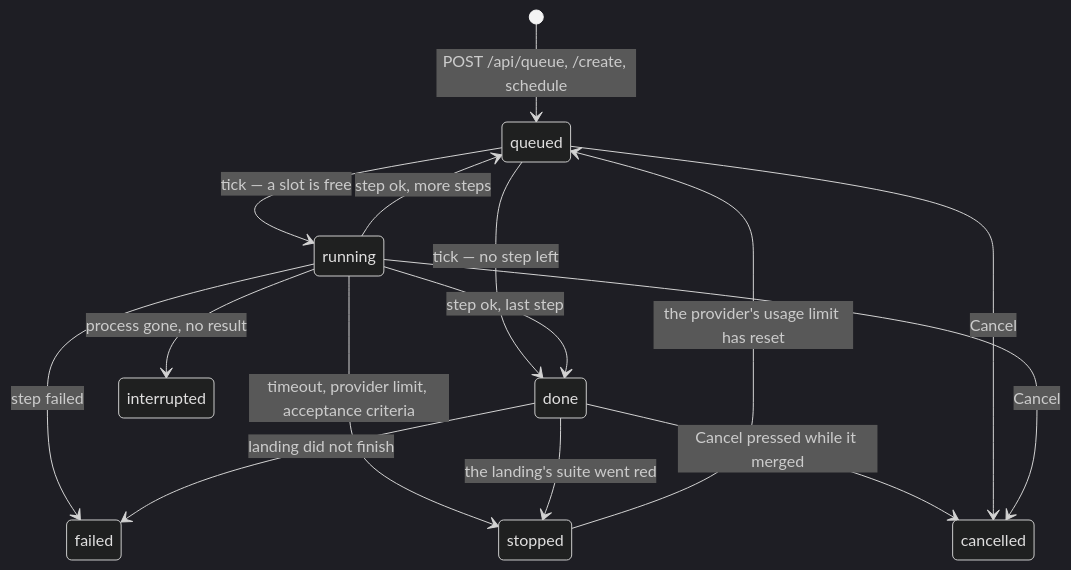
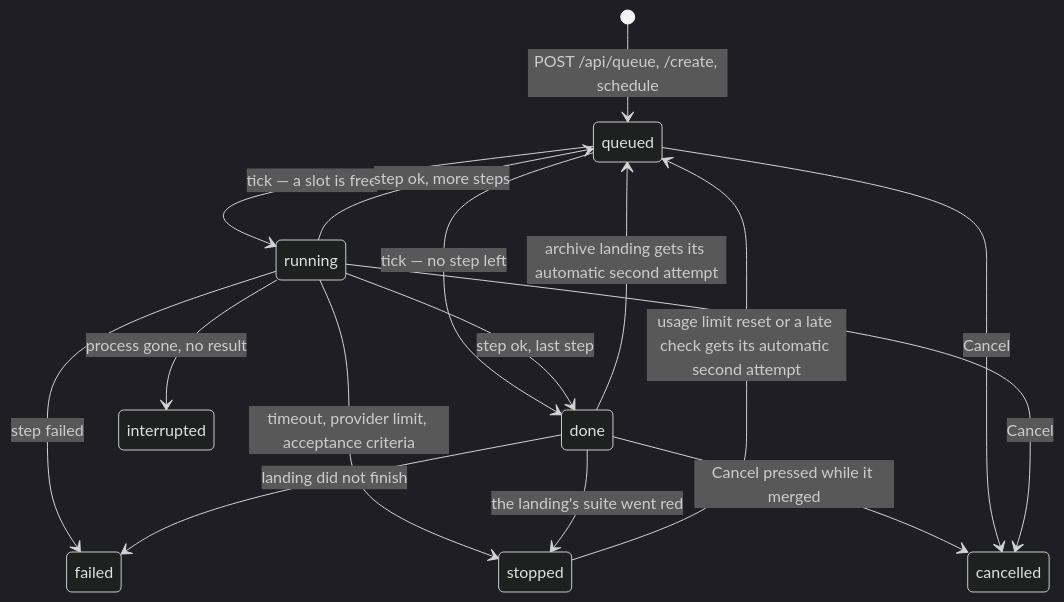
Before and after one commit to ragnarwestad/aide: the diagram in dashboard/docs/job-states.md, drawn with Mermaid (dark theme). The commit also changed 29 other files, not shown here.

````diff
--- a/dashboard/docs/job-states.md
+++ b/dashboard/docs/job-states.md
@@ -45,17 +45,18 @@
 ```mermaid
 stateDiagram-v2
     [*] --> queued: POST /api/queue, /create, schedule
     queued --> running: tick — a slot is free
     queued --> done: tick — no step left
     running --> queued: step ok, more steps
     running --> done: step ok, last step
     running --> stopped: timeout, provider limit, acceptance criteria
     running --> failed: step failed
     running --> interrupted: process gone, no result
     done --> failed: landing did not finish
     done --> stopped: the landing's suite went red
+    done --> queued: archive landing gets its automatic second attempt
     done --> cancelled: Cancel pressed while it merged
-    stopped --> queued: the provider's usage limit has reset
+    stopped --> queued: usage limit reset or a late check gets its automatic second attempt
     queued --> cancelled: Cancel
     running --> cancelled: Cancel
 ```
````
